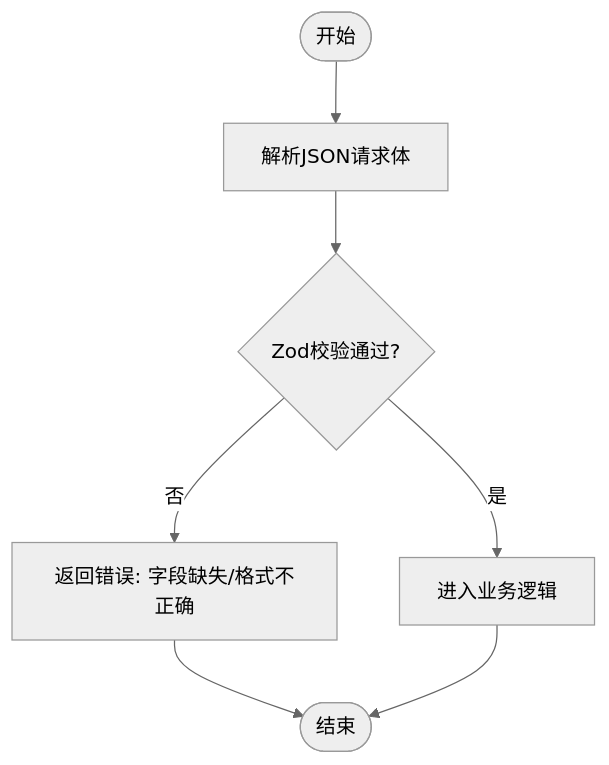
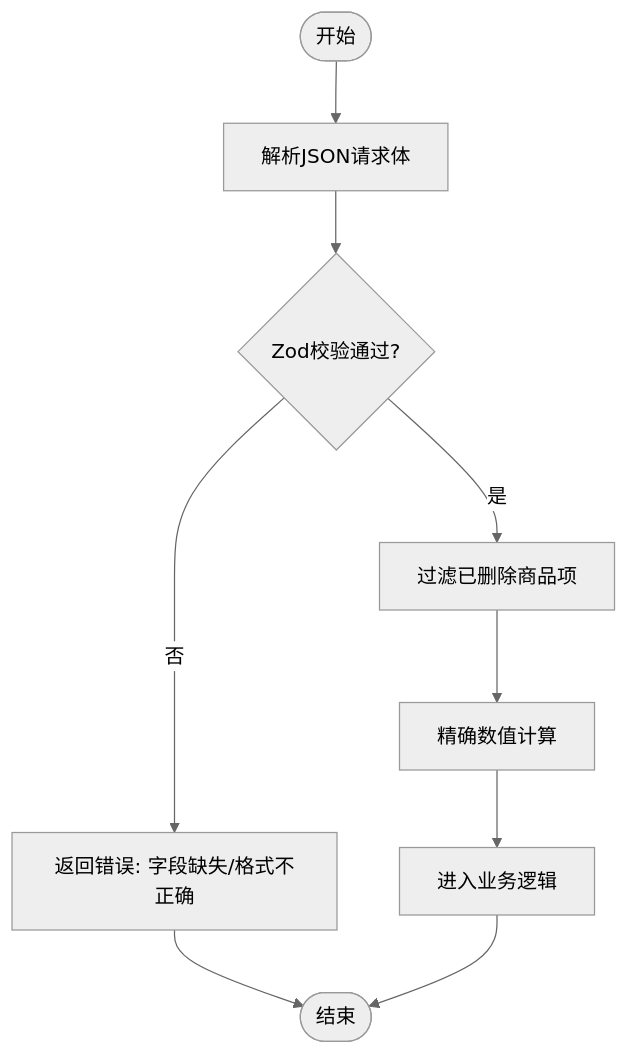
The fourth of 8 diagrams in .qoder/repowiki/zh/content/API接口文档/订单API.md (three3638-arch/celestia_2b), drawn with Mermaid (neutral theme) before and after one commit. The commit also changed other lines of this file and 5 other files, not shown here.

````diff
--- a/.qoder/repowiki/zh/content/API接口文档/订单API.md
+++ b/.qoder/repowiki/zh/content/API接口文档/订单API.md
@@ -164,9 +192,11 @@
 ```mermaid
 flowchart TD
 Start(["开始"]) --> Parse["解析JSON请求体"]
 Parse --> Validate{"Zod校验通过?"}
 Validate --> |否| Err["返回错误: 字段缺失/格式不正确"]
-Validate --> |是| Proceed["进入业务逻辑"]
+Validate --> |是| Filter["过滤已删除商品项"]
+Filter --> Calc["精确数值计算"]
+Calc --> Proceed["进入业务逻辑"]
 Err --> End(["结束"])
 Proceed --> End
 ```
````
